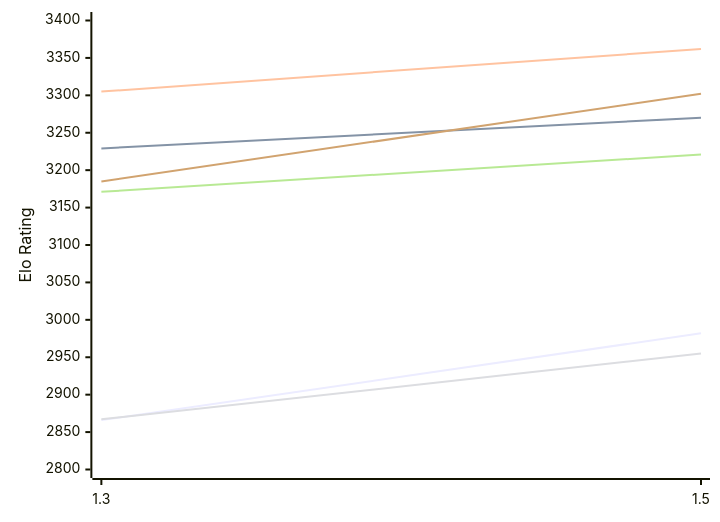
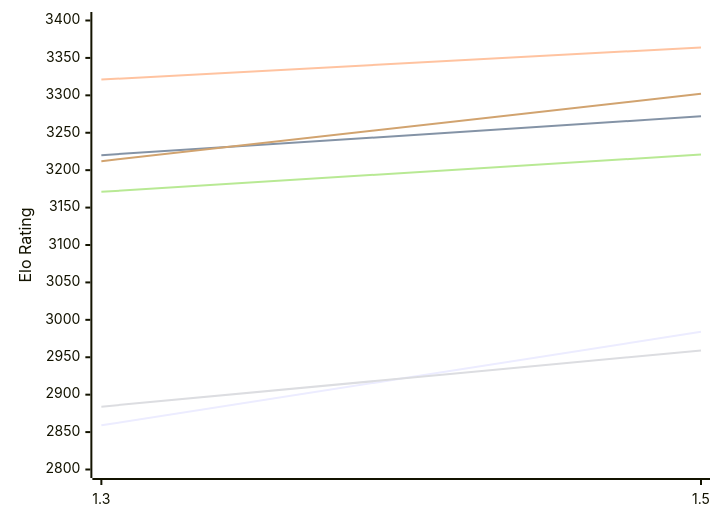
The first of 2 diagrams in engines/Lambergar.md (computer-chess-index/cci), drawn with Mermaid before and after one commit. The commit also changed other lines of this file, not shown here.

Commit message:
Update CCI Ratings (ELO VLTC) - 2026-11-17

````diff
--- a/engines/Lambergar.md
+++ b/engines/Lambergar.md
@@ -50,12 +50,12 @@
 ```mermaid
 %%{init: {"theme":"base","themeVariables":{"seriesColors:['#a3a3a3','#222221','#faa371']}}}%%
 xychart-beta
   x-axis ["1.3", "1.5"]
   y-axis "Elo Rating" 2800 --> 3400
-  line "E1: STC (8.0+0.08s)" [2866, 2982]
-  line "E1: LTC (60.0+0.60s)" [3229, 3270]
-  line "E1: VLTC (2m24s+1.12s)" [3305, 3362]
-  line "P1: STC (8.0+0.08s)" [2867, 2955]
+  line "E1: STC (8.0+0.08s)" [2859, 2984]
+  line "E1: LTC (60.0+0.60s)" [3220, 3272]
+  line "E1: VLTC (2m24s+1.12s)" [3321, 3364]
+  line "P1: STC (8.0+0.08s)" [2884, 2959]
   line "P1: LTC (60.0+0.60s)" [3171, 3221]
-  line "P1: VLTC (2m24s+1.12s)" [3185, 3302]
+  line "P1: VLTC (2m24s+1.12s)" [3212, 3302]
 ```
````
